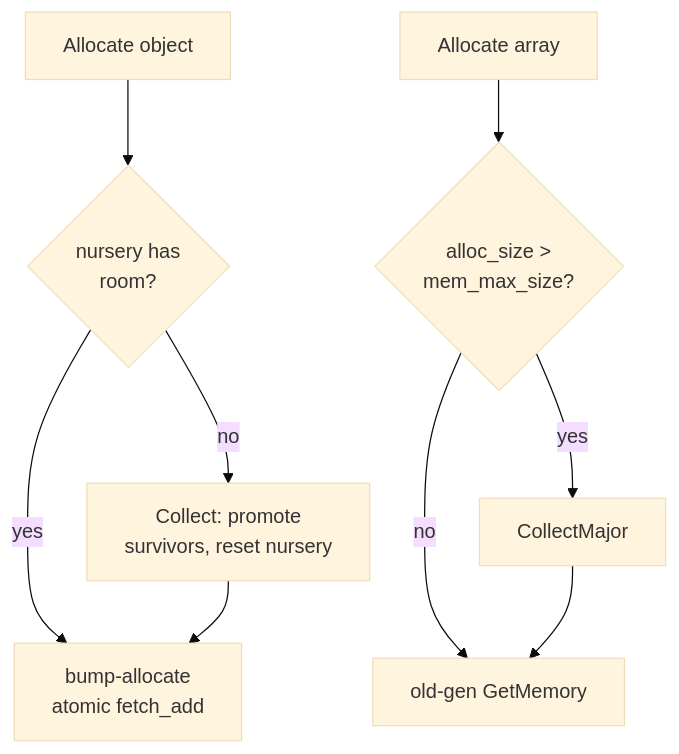
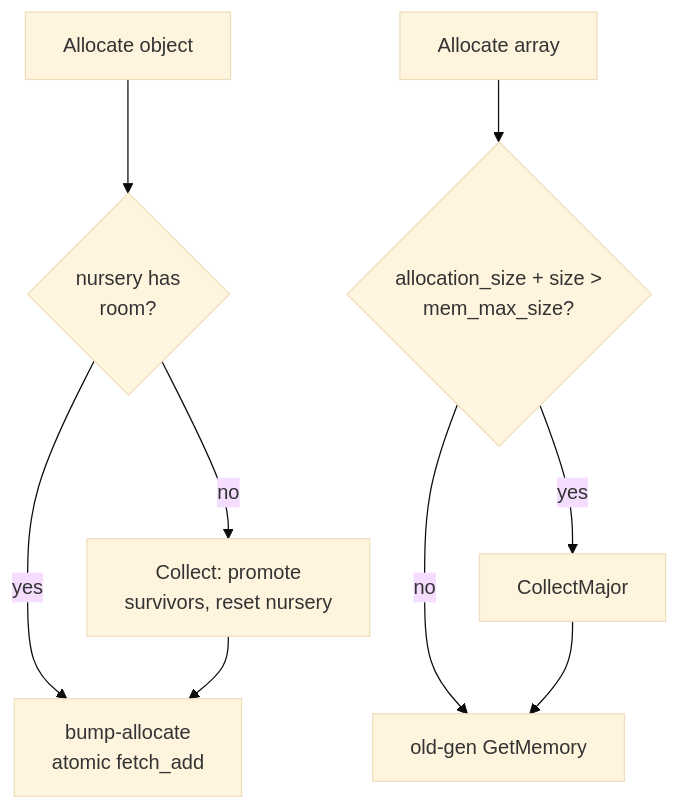
The first of 2 diagrams in core/vm/arch/README.md (objeck/objeck-lang), drawn with Mermaid (base theme) before and after one commit. The commit also changed other lines of this file and 21 other files, not shown here.

````diff
--- a/core/vm/arch/README.md
+++ b/core/vm/arch/README.md
@@ -37,11 +43,11 @@
 ```mermaid
 flowchart TD
     A[Allocate object] --> B{nursery has<br/>room?}
     B -- yes --> C[bump-allocate<br/>atomic fetch_add]
     B -- no --> D[Collect: promote<br/>survivors, reset nursery]
     D --> C
-    A2[Allocate array] --> E{alloc_size ><br/>mem_max_size?}
+    A2[Allocate array] --> E{allocation_size + size ><br/>mem_max_size?}
     E -- yes --> F[CollectMajor]
     E -- no --> G[old-gen GetMemory]
     F --> G
 ```
````
